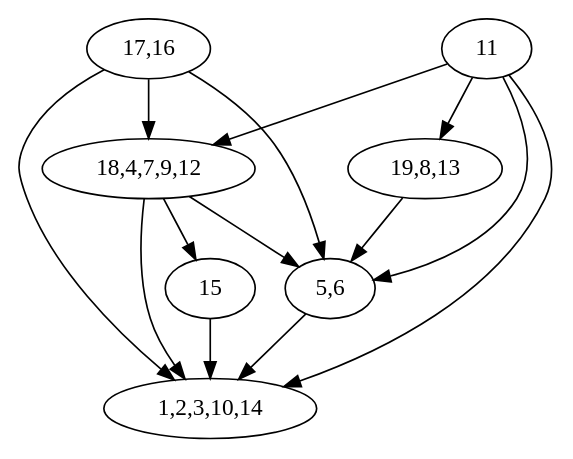
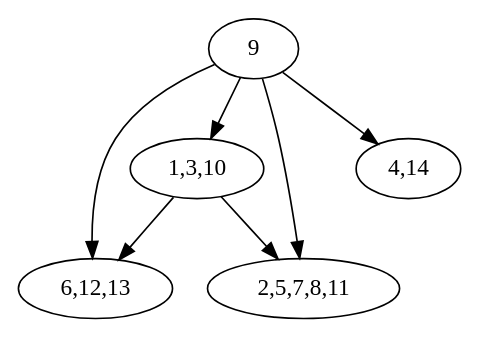
One commit to underbreathing/graph_generator_fqw changed the diagram in graph.dot. Above: the diagram before and after it, drawn with Graphviz. The commit also changed 21 other files, not shown here.

```diff
--- a/graph.dot
+++ b/graph.dot
@@ -1,22 +1,13 @@
 digraph G {
-"1,2,3,10,14";
-"15";
-"5,6";
-"18,4,7,9,12";
-"17,16";
-"19,8,13";
-"11";
-"15" -> "1,2,3,10,14";
-"5,6" -> "1,2,3,10,14";
-"18,4,7,9,12" -> "1,2,3,10,14";
-"18,4,7,9,12" -> "15";
-"18,4,7,9,12" -> "5,6";
-"17,16" -> "1,2,3,10,14";
-"17,16" -> "5,6";
-"17,16" -> "18,4,7,9,12";
-"19,8,13" -> "5,6";
-"11" -> "1,2,3,10,14";
-"11" -> "5,6";
-"11" -> "18,4,7,9,12";
-"11" -> "19,8,13";
+"6,12,13";
+"2,5,7,8,11";
+"1,3,10";
+"4,14";
+"9";
+"1,3,10" -> "6,12,13";
+"1,3,10" -> "2,5,7,8,11";
+"9" -> "6,12,13";
+"9" -> "2,5,7,8,11";
+"9" -> "1,3,10";
+"9" -> "4,14";
 }
```
